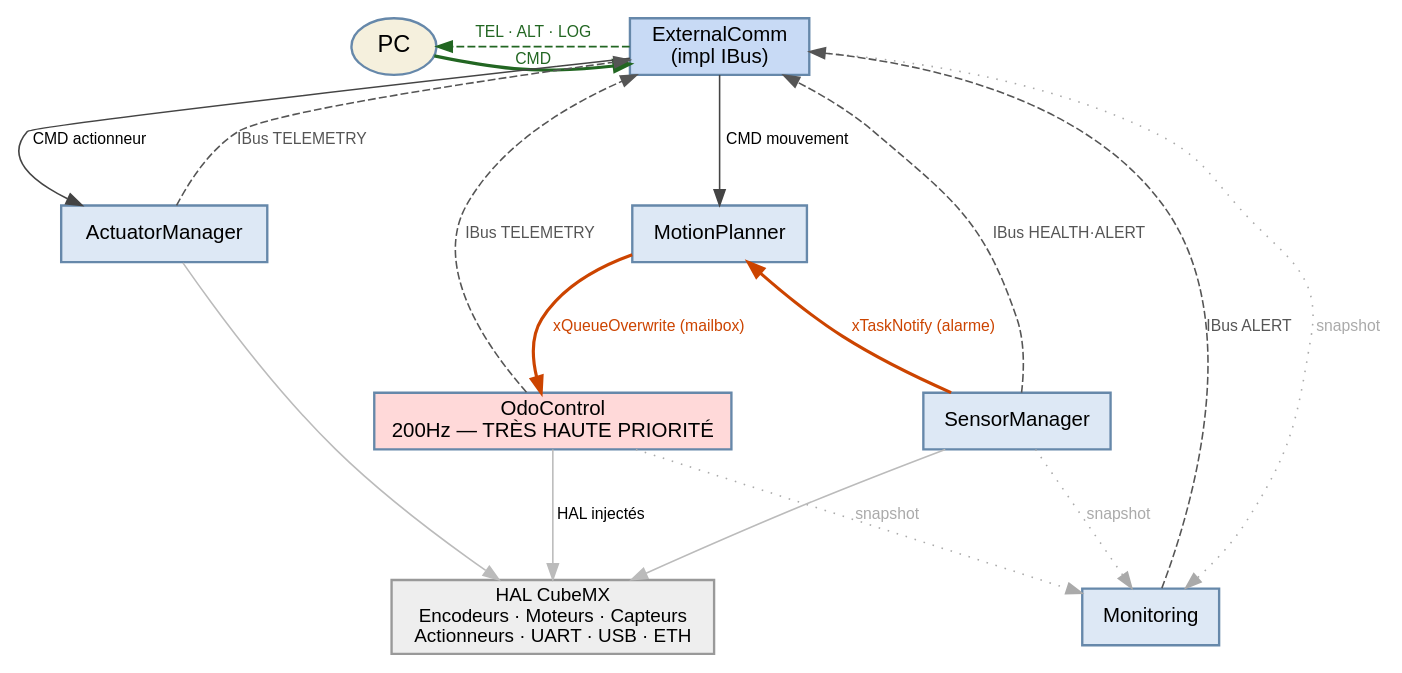
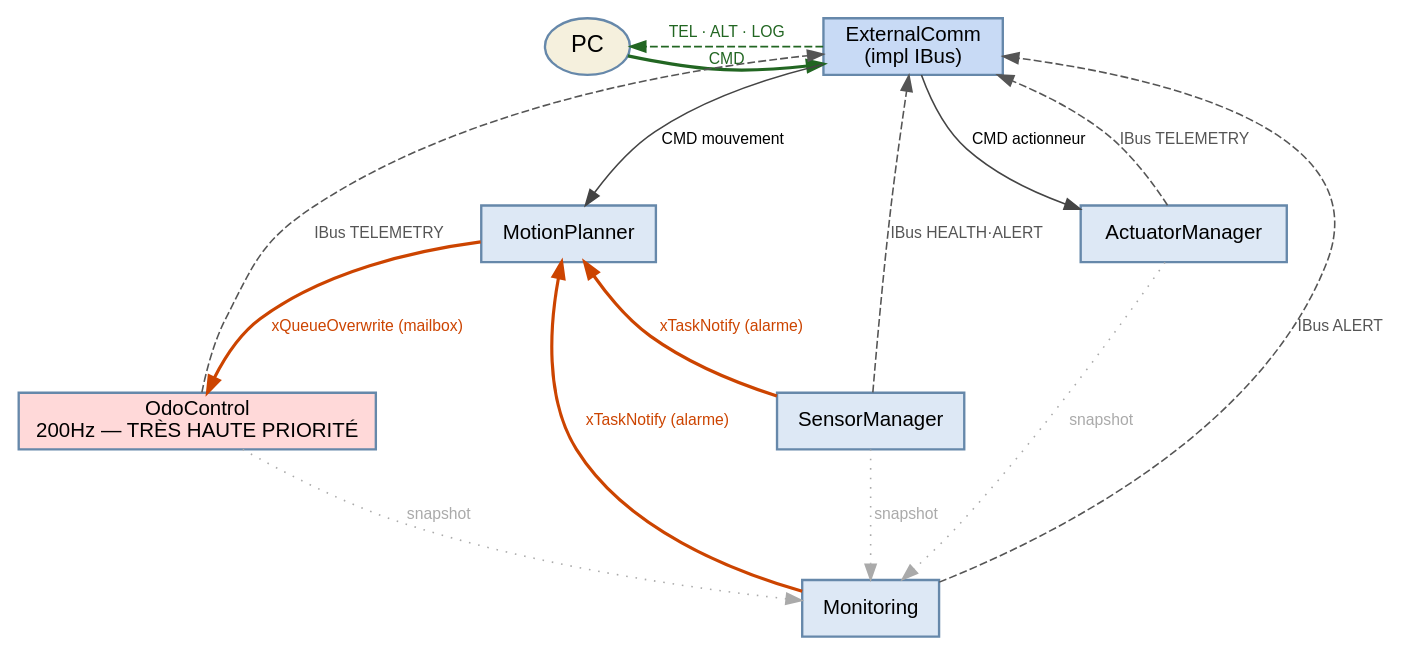
One commit to Soupalognon/Wall-A-Software changed the first of 2 diagrams in _bmad-output/planning-artifacts/architecture.md. Above: the diagram before and after it, drawn with Graphviz. The commit also changed other lines of this file, not shown here.

````diff
--- a/_bmad-output/planning-artifacts/architecture.md
+++ b/_bmad-output/planning-artifacts/architecture.md
@@ -545,47 +611,41 @@
 ```dot
 digraph G {
     rankdir=TB
     nodesep=0.7
     ranksep=1.0
     fontname="Helvetica"
     node [fontname="Helvetica" fontsize=13 style=filled shape=box fillcolor="#dde8f5" color="#6688aa" penwidth=1.5]
     edge [fontname="Helvetica" fontsize=10 color="#444444"]
 
     PC         [shape=ellipse fillcolor="#f5f0dd" label="PC" fontsize=15]
-    HAL        [shape=box fillcolor="#eeeeee" color="#999999"
-                label="HAL CubeMX\nEncodeurs · Moteurs · Capteurs\nActionneurs · UART · USB · ETH" fontsize=12]
     ExtComm    [label="ExternalComm\n(impl IBus)" fillcolor="#c8daf5"]
     MoPlan     [label="MotionPlanner"]
     OdoCtrl    [label="OdoControl\n200Hz — TRÈS HAUTE PRIORITÉ" fillcolor="#ffd9d9"]
     SenMgr     [label="SensorManager"]
     ActMgr     [label="ActuatorManager"]
     Monitoring [label="Monitoring"]
 
     { rank=same; PC; ExtComm }
     { rank=same; MoPlan; ActMgr }
     { rank=same; OdoCtrl; SenMgr }
-    { rank=max;  HAL }
 
     PC -> ExtComm    [label="CMD" color="#226622" fontcolor="#226622" style=bold]
     ExtComm -> PC    [label="TEL · ALT · LOG" color="#226622" fontcolor="#226622" style=dashed]
 
     ExtComm -> MoPlan  [label="CMD mouvement"]
     ExtComm -> ActMgr  [label="CMD actionneur"]
 
     MoPlan  -> OdoCtrl [label="xQueueOverwrite (mailbox)" color="#cc4400" fontcolor="#cc4400" penwidth=2]
     SenMgr  -> MoPlan  [label="xTaskNotify (alarme)" color="#cc4400" fontcolor="#cc4400" penwidth=2]
+    Monitoring  -> MoPlan  [label="xTaskNotify (alarme)" color="#cc4400" fontcolor="#cc4400" penwidth=2]
 
     OdoCtrl    -> ExtComm [label="IBus TELEMETRY" style=dashed color="#555555" fontcolor="#555555"]
     SenMgr     -> ExtComm [label="IBus HEALTH·ALERT" style=dashed color="#555555" fontcolor="#555555"]
     ActMgr     -> ExtComm [label="IBus TELEMETRY" style=dashed color="#555555" fontcolor="#555555"]
     Monitoring -> ExtComm [label="IBus ALERT" style=dashed color="#555555" fontcolor="#555555"]
 
     OdoCtrl -> Monitoring [label="snapshot" style=dotted color="#aaaaaa" fontcolor="#aaaaaa"]
     SenMgr  -> Monitoring [label="snapshot" style=dotted color="#aaaaaa" fontcolor="#aaaaaa"]
-    ExtComm -> Monitoring [label="snapshot" style=dotted color="#aaaaaa" fontcolor="#aaaaaa"]
-
-    OdoCtrl -> HAL [color="#bbbbbb" label="HAL injectés"]
-    SenMgr  -> HAL [color="#bbbbbb"]
-    ActMgr  -> HAL [color="#bbbbbb"]
+    ActMgr -> Monitoring [label="snapshot" style=dotted color="#aaaaaa" fontcolor="#aaaaaa"]
 }
 ```
````
